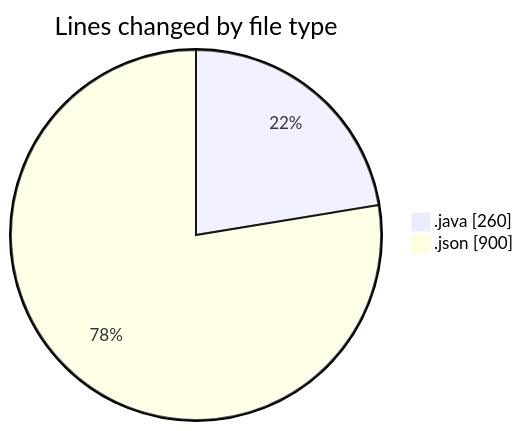
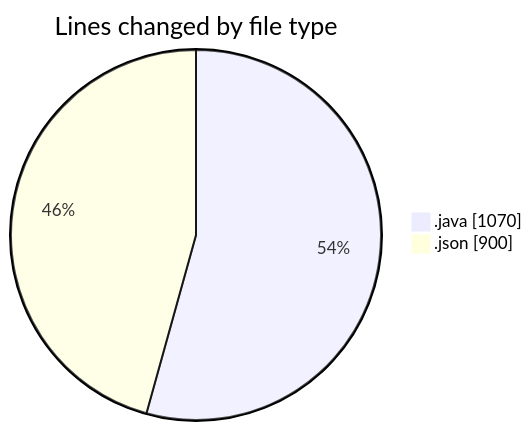
One commit to ricardozamudiocil/code-tracking changed the first of 2 diagrams in 2026-04-21/cilapp/README.md. Above: the diagram before and after it, drawn with Mermaid. The commit also changed other lines of this file and 1 other file, not shown here.

````diff
--- a/2026-04-21/cilapp/README.md
+++ b/2026-04-21/cilapp/README.md
@@ -21,6 +22,6 @@
 ```mermaid
 pie showData
 title Lines changed by file type
-".java" : 260
+".java" : 1070
 ".json" : 900
 ```
````
